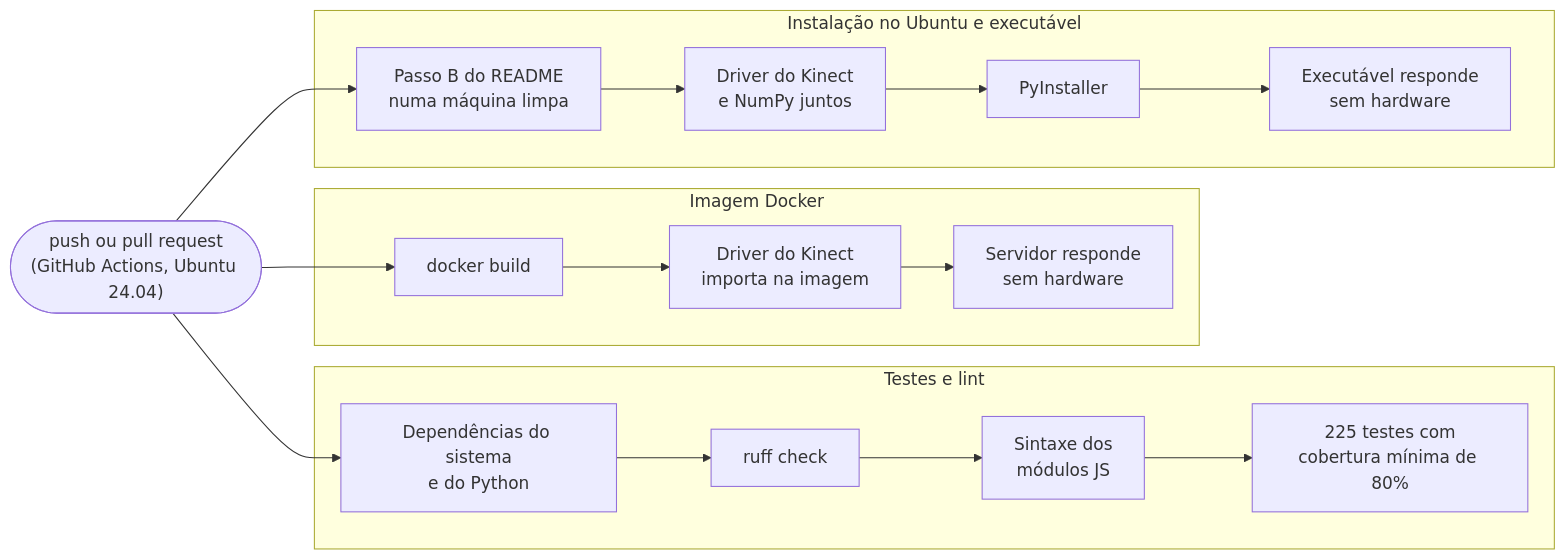
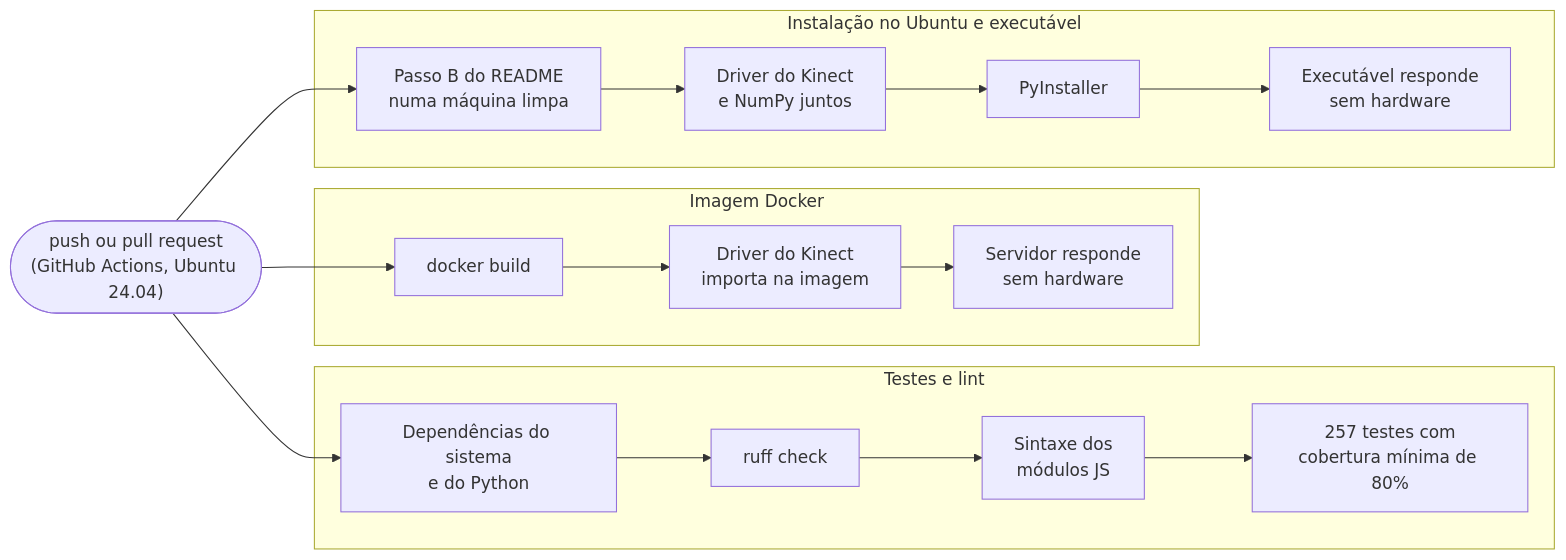
One commit to Kauan-V-Marques/AGV changed diagram 20 of 22 in README.md. Above: the diagram before and after it, drawn with Mermaid. The commit also changed other lines of this file and 1 other file, not shown here.

````diff
--- a/README.md
+++ b/README.md
@@ -1388,15 +1455,15 @@
 ```mermaid
 flowchart LR
     subgraph T["Testes e lint"]
-        T1["Dependências do sistema<br/>e do Python"] --> T2["ruff check"] --> T3["Sintaxe dos<br/>módulos JS"] --> T4["225 testes com<br/>cobertura mínima de 80%"]
+        T1["Dependências do sistema<br/>e do Python"] --> T2["ruff check"] --> T3["Sintaxe dos<br/>módulos JS"] --> T4["257 testes com<br/>cobertura mínima de 80%"]
     end
     subgraph D["Imagem Docker"]
         D1["docker build"] --> D2["Driver do Kinect<br/>importa na imagem"] --> D3["Servidor responde<br/>sem hardware"]
     end
     subgraph E["Instalação no Ubuntu e executável"]
         E1["Passo B do README<br/>numa máquina limpa"] --> E2["Driver do Kinect<br/>e NumPy juntos"] --> E3["PyInstaller"] --> E4["Executável responde<br/>sem hardware"]
     end
     P(["push ou pull request<br/>(GitHub Actions, Ubuntu 24.04)"]) --> T1
     P --> D1
     P --> E1
 ```
````
